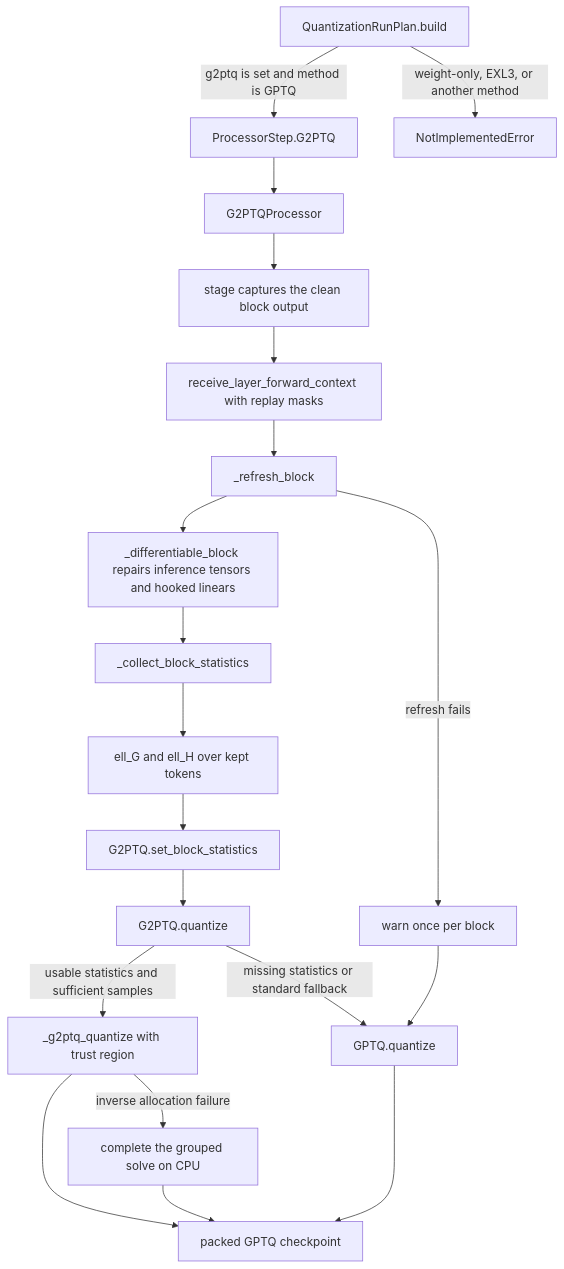
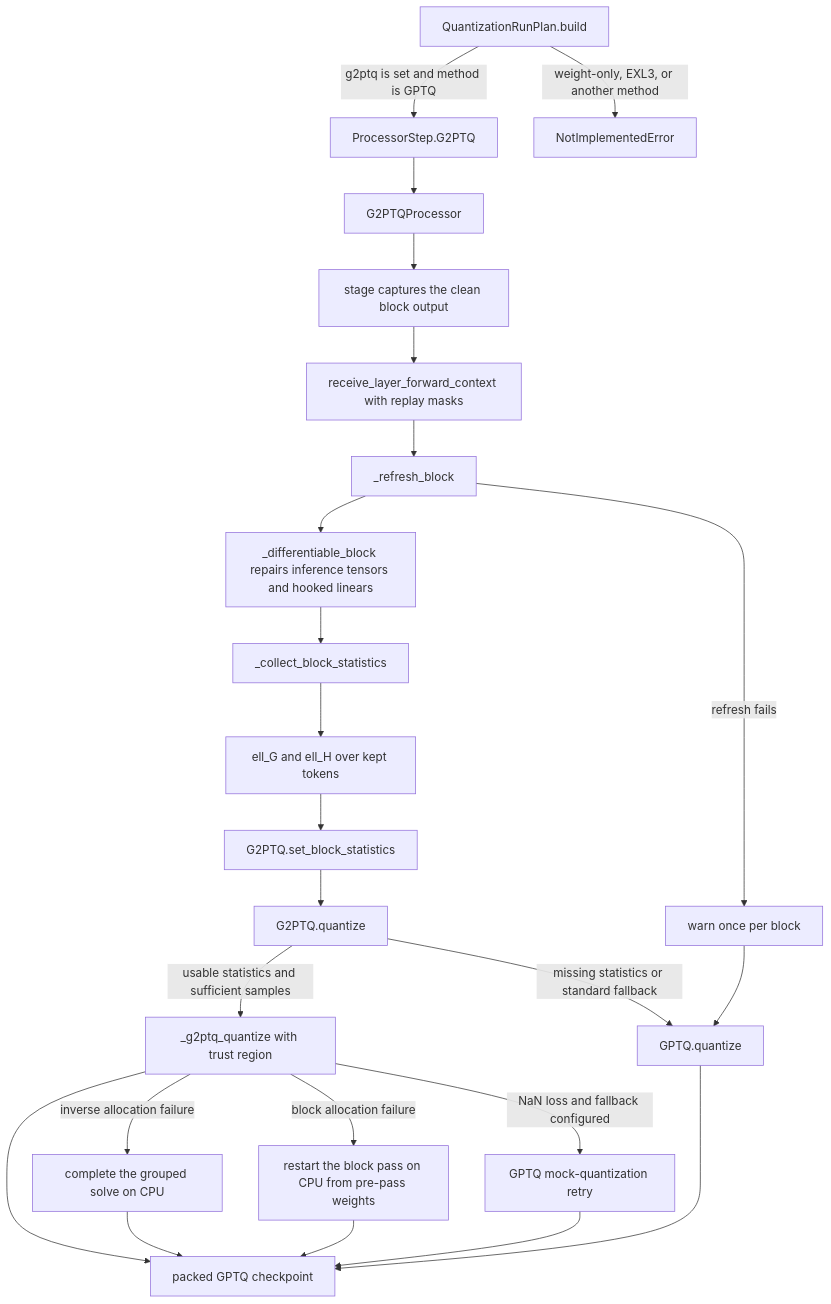
The second of 4 diagrams in docs/g2ptq.md (ModelCloud/GPTQModel), drawn with Mermaid before and after one commit. The commit also changed other lines of this file and 2 other files, not shown here.

First line of the commit message:
fix(g2ptq): retry block OOM and NaN loss like GPTQ (#6077)

````diff
--- a/docs/g2ptq.md
+++ b/docs/g2ptq.md
@@ -55,22 +55,26 @@
 ```mermaid
 flowchart TD
     A["QuantizationRunPlan.build"] -->|"g2ptq is set and method is GPTQ"| B["ProcessorStep.G2PTQ"]
     A -->|"weight-only, EXL3, or another method"| X["NotImplementedError"]
     B --> C["G2PTQProcessor"]
     C --> D["stage captures the clean block output"]
     D --> E["receive_layer_forward_context with replay masks"]
     E --> F["_refresh_block"]
     F --> G["_differentiable_block repairs inference tensors and hooked linears"]
     G --> H["_collect_block_statistics"]
     H --> I["ell_G and ell_H over kept tokens"]
     I --> J["G2PTQ.set_block_statistics"]
     J --> K["G2PTQ.quantize"]
     K -->|"usable statistics and sufficient samples"| L["_g2ptq_quantize with trust region"]
     K -->|"missing statistics or standard fallback"| M["GPTQ.quantize"]
     F -->|"refresh fails"| N["warn once per block"]
     N --> M
     L -->|"inverse allocation failure"| P["complete the grouped solve on CPU"]
+    L -->|"block allocation failure"| Q["restart the block pass on CPU from pre-pass weights"]
+    L -->|"NaN loss and fallback configured"| R["GPTQ mock-quantization retry"]
     L --> O["packed GPTQ checkpoint"]
     P --> O
+    Q --> O
+    R --> O
     M --> O
 ```
````
